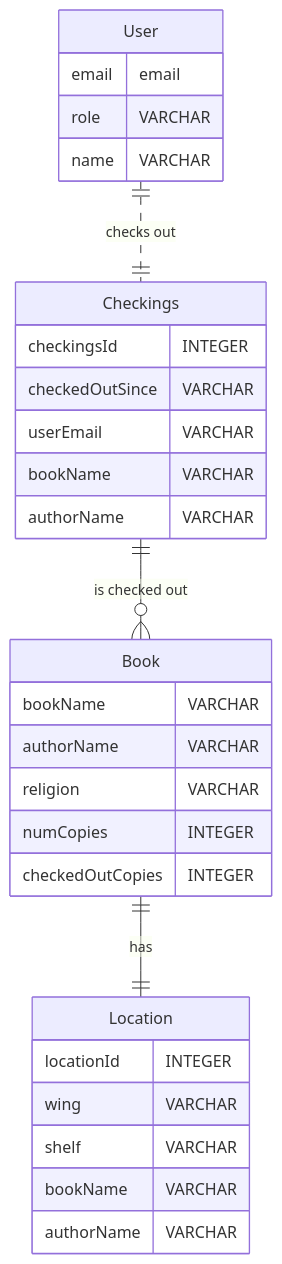
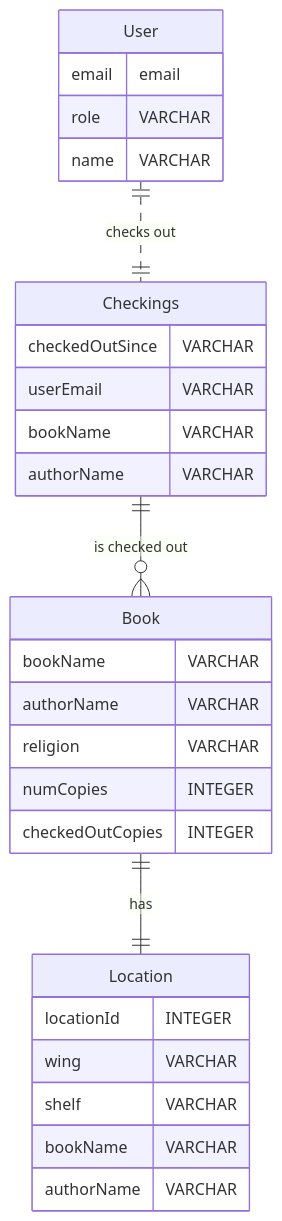
Before and after one commit to dmavani25/DivineManuscriptsDB: the diagram in docs/phase2.md, drawn with Mermaid. The commit also changed other lines of this file, not shown here.

````diff
--- a/docs/phase2.md
+++ b/docs/phase2.md
@@ -12,37 +12,36 @@
 ```mermaid
 erDiagram
     User ||..|| Checkings : "checks out"
     Checkings ||--o{ Book : "is checked out"
     Book ||--|| Location : "has"
     
     User {
         email email
         role VARCHAR
         name VARCHAR
     }
 
     Book {
         bookName VARCHAR
         authorName VARCHAR
         religion VARCHAR
         numCopies INTEGER
         checkedOutCopies INTEGER
     }
 
     Checkings {
-        checkingsId INTEGER
         checkedOutSince VARCHAR
         userEmail VARCHAR
         bookName VARCHAR
         authorName VARCHAR
     }
 
     Location {
         locationId INTEGER
         wing VARCHAR
         shelf VARCHAR
         bookName VARCHAR
         authorName VARCHAR
     }
 
 ```
````
